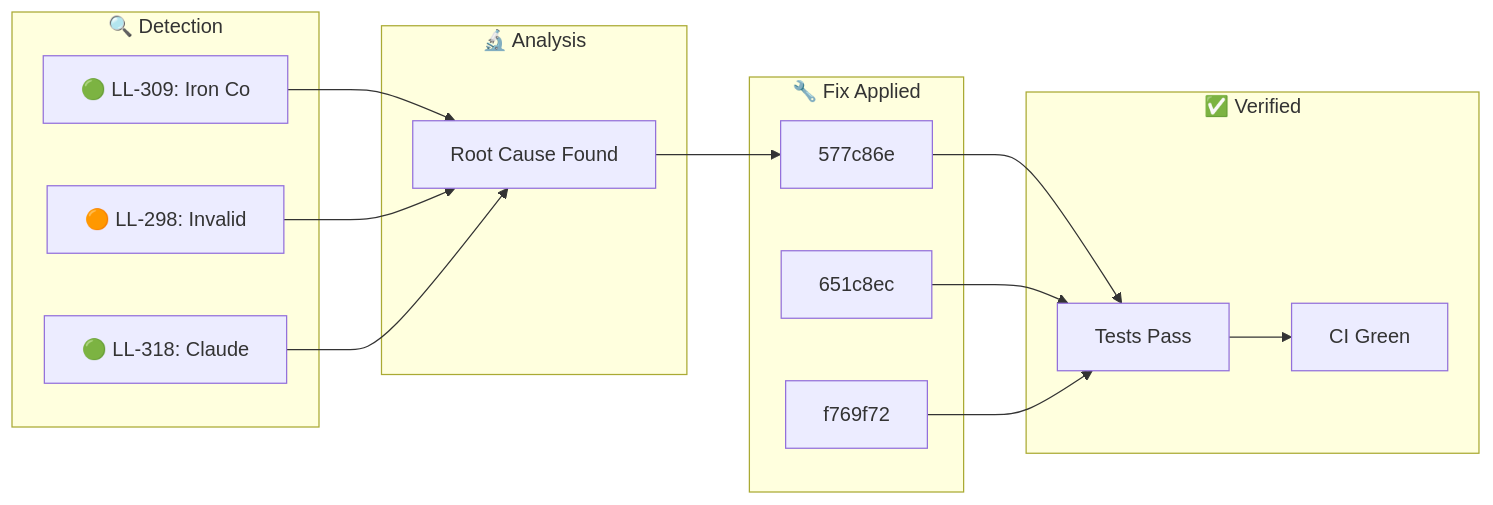
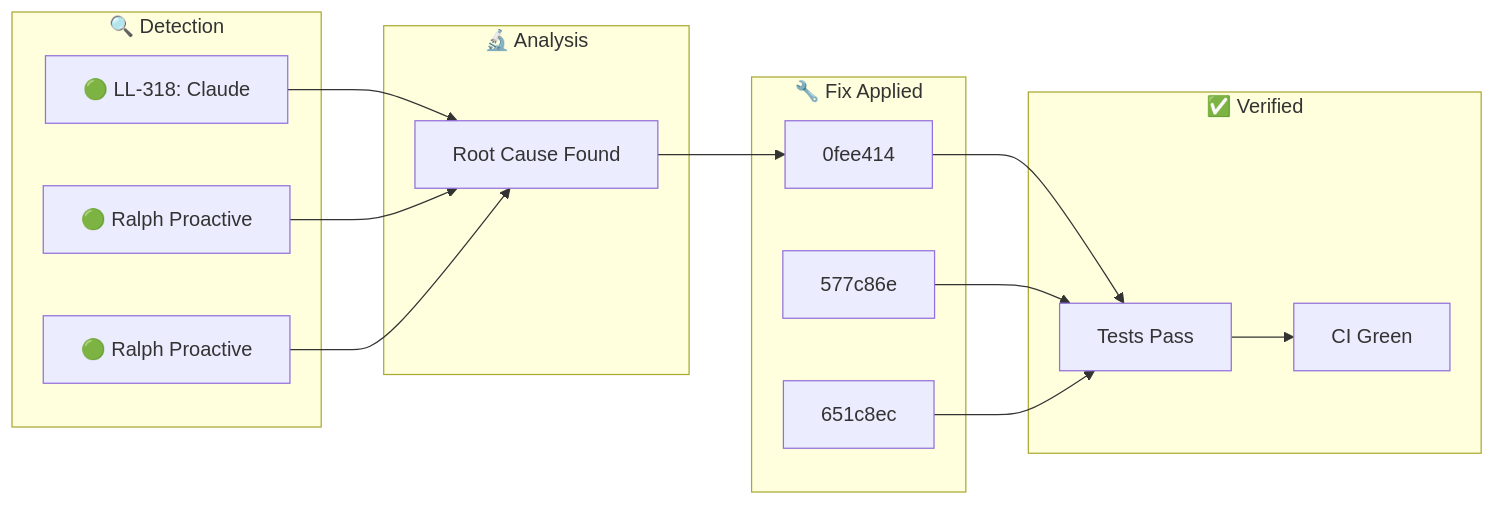
Before and after one commit to YoByron/trading: the diagram in docs/_posts/2026-01-29-ralph-discovery.md, drawn with Mermaid. The commit also changed other lines of this file, not shown here.

Commit message:
docs(ralph): Auto-publish discovery blog post

````diff
--- a/docs/_posts/2026-01-29-ralph-discovery.md
+++ b/docs/_posts/2026-01-29-ralph-discovery.md
@@ -17,28 +17,28 @@
 ```mermaid
 flowchart LR
     subgraph Detection["🔍 Detection"]
-        D1["🟢 LL-309: Iron Co"]
-        D2["🟠 LL-298: Invalid"]
-        D3["🟢 LL-318: Claude "]
+        D1["🟢 LL-318: Claude "]
+        D2["🟢 Ralph Proactive"]
+        D3["🟢 Ralph Proactive"]
     end
     subgraph Analysis["🔬 Analysis"]
         A1["Root Cause Found"]
     end
     subgraph Fix["🔧 Fix Applied"]
-        F1["577c86e"]
-        F2["651c8ec"]
-        F3["f769f72"]
+        F1["0fee414"]
+        F2["577c86e"]
+        F3["651c8ec"]
     end
     subgraph Verify["✅ Verified"]
         V1["Tests Pass"]
         V2["CI Green"]
     end
     D1 --> A1
     D2 --> A1
     D3 --> A1
     A1 --> F1
     F1 --> V1
     F2 --> V1
     F3 --> V1
     V1 --> V2
 ```
````
